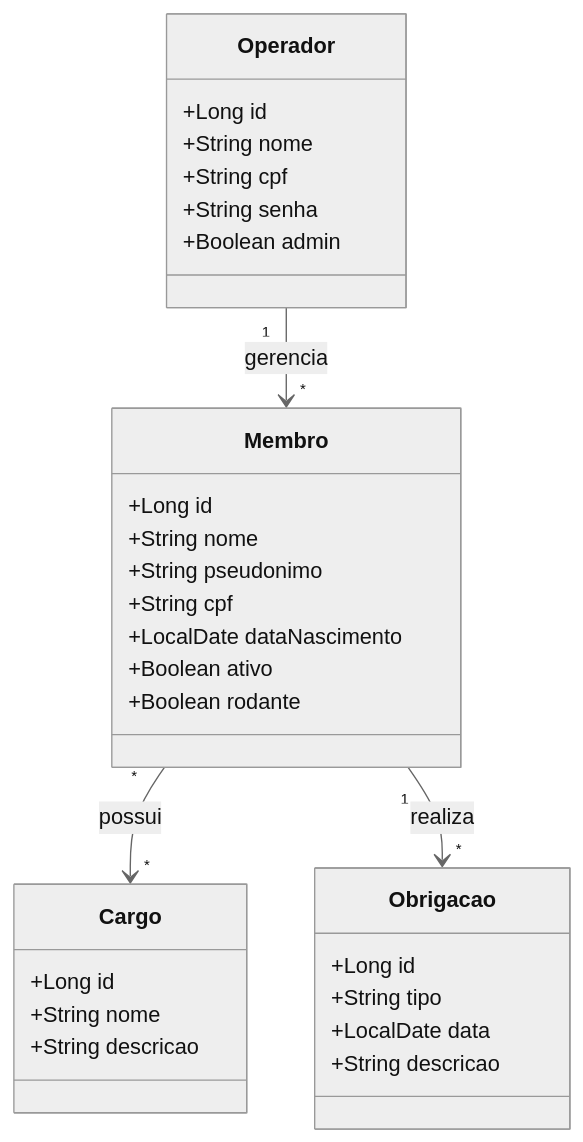
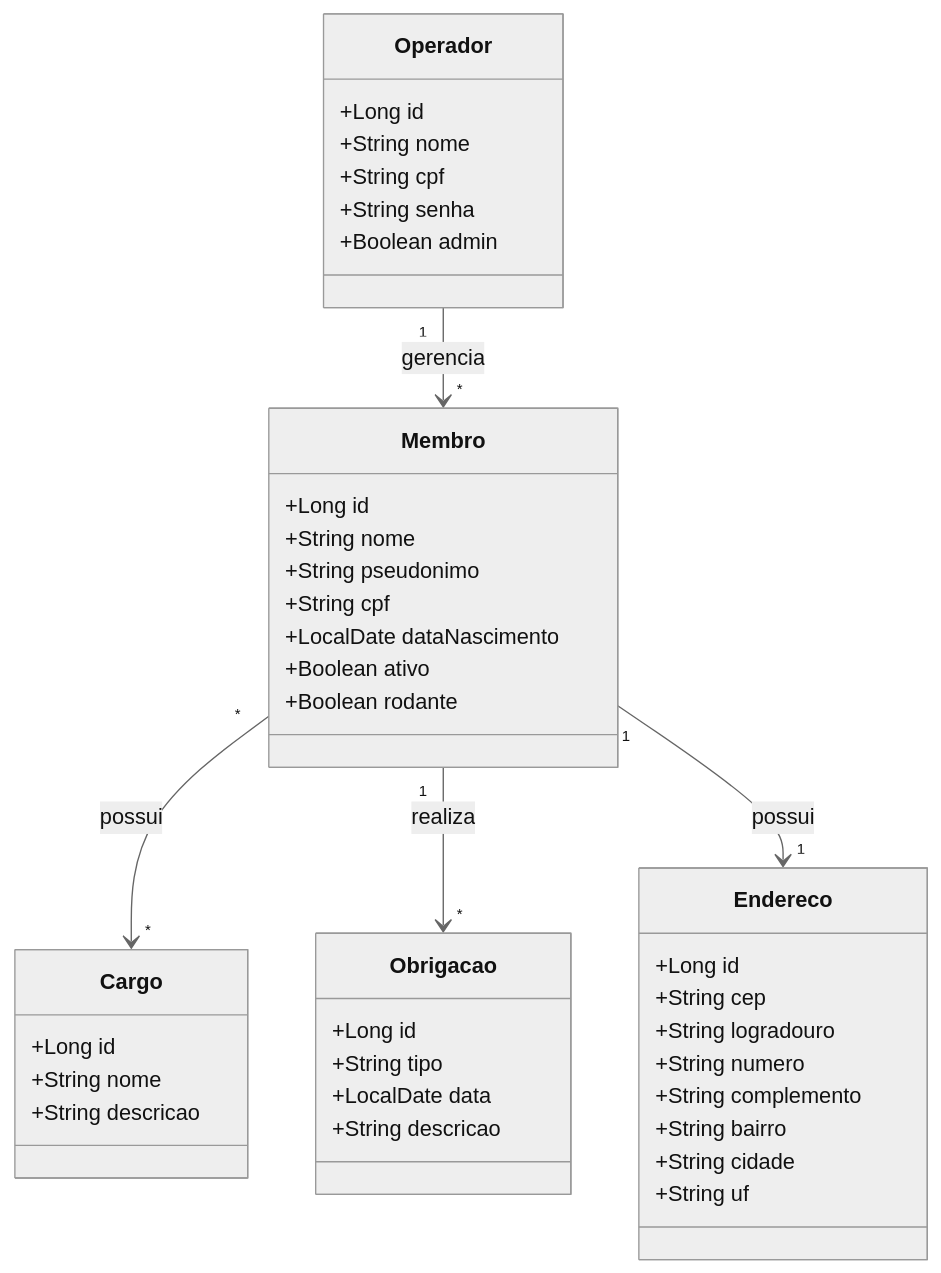
Before and after one commit to Bomsalvez/quilombo-docs: the second of 2 diagrams in Writerside/topics/Requisitos.md, drawn with Mermaid (neutral theme). The commit also changed other lines of this file and 32 other files, not shown here.

````diff
--- a/Writerside/topics/Requisitos.md
+++ b/Writerside/topics/Requisitos.md
@@ -57,37 +63,49 @@
 ```mermaid
 classDiagram
     class Membro {
         +Long id
         +String nome
         +String pseudonimo
         +String cpf
         +LocalDate dataNascimento
         +Boolean ativo
         +Boolean rodante
     }
     
     class Operador {
         +Long id
         +String nome
         +String cpf
         +String senha
         +Boolean admin
     }
     
     class Cargo {
         +Long id
         +String nome
         +String descricao
     }
     
     class Obrigacao {
         +Long id
         +String tipo
         +LocalDate data
         +String descricao
     }
     
+    class Endereco {
+        +Long id
+        +String cep
+        +String logradouro
+        +String numero
+        +String complemento
+        +String bairro
+        +String cidade
+        +String uf
+    }
+    
     Operador "1" --> "*" Membro : gerencia
     Membro "*" --> "*" Cargo : possui
     Membro "1" --> "*" Obrigacao : realiza
+    Membro "1" --> "1" Endereco : possui
 ```
````
